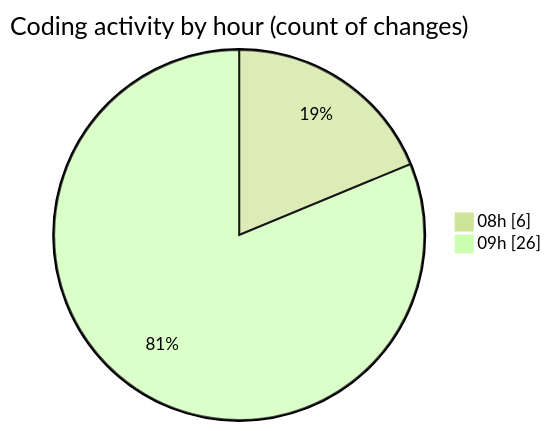
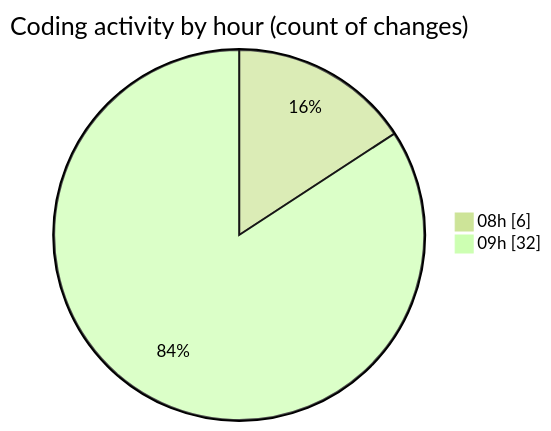
One commit to momahboobian/code-tracking changed the second of 2 diagrams in 2026-01-29/cda/README.md. Above: the diagram before and after it, drawn with Mermaid (forest theme). The commit also changed other lines of this file and 1 other file, not shown here.

````diff
--- a/2026-01-29/cda/README.md
+++ b/2026-01-29/cda/README.md
@@ -30,6 +30,6 @@
 ```mermaid
 pie showData
 title Coding activity by hour (count of changes)
 "08h" : 6
-"09h" : 26
+"09h" : 32
 ```
````
